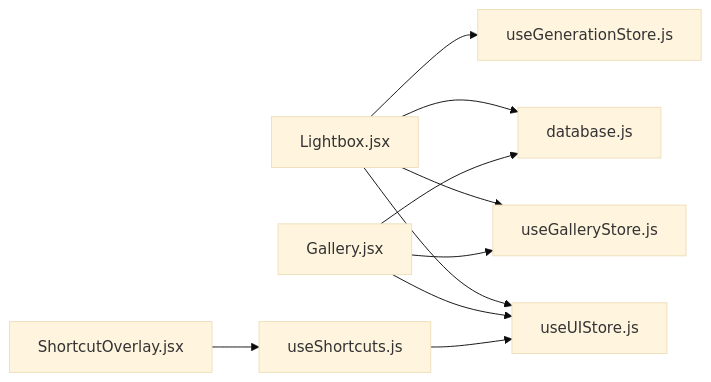
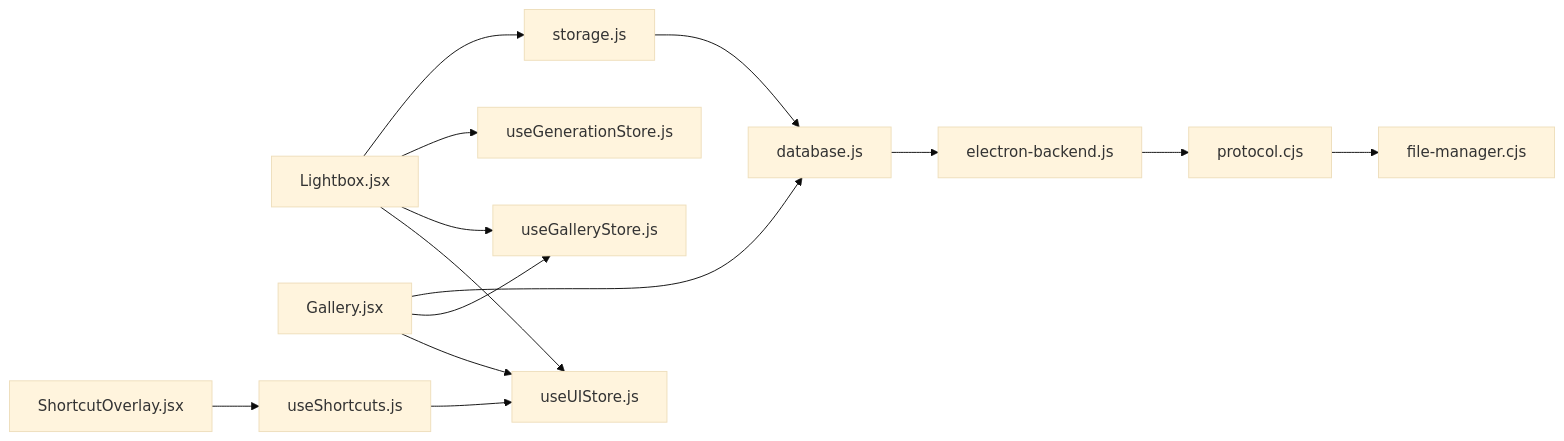
The eighth of 8 diagrams in .qoder/repowiki/zh/content/UI 组件库/Lightbox 图片查看器组件.md (AlbusWei/AI-Image-Studio), drawn with Mermaid (base theme) before and after one commit. The commit also changed other lines of this file and 37 other files, not shown here.

````diff
--- a/.qoder/repowiki/zh/content/UI 组件库/Lightbox 图片查看器组件.md
+++ b/.qoder/repowiki/zh/content/UI 组件库/Lightbox 图片查看器组件.md
@@ -311,12 +439,16 @@
 ```mermaid
 graph LR
 L["Lightbox.jsx"] --> US["useUIStore.js"]
 L --> UGS["useGalleryStore.js"]
 L --> UGen["useGenerationStore.js"]
-L --> DB["database.js"]
+L --> ST["storage.js"]
 G["Gallery.jsx"] --> US
 G --> UGS
-G --> DB
+G --> DB["database.js"]
 HK["useShortcuts.js"] --> US
 SO["ShortcutOverlay.jsx"] --> HK
+ST --> DB
+DB --> EB["electron-backend.js"]
+EB --> P["protocol.cjs"]
+P --> FM["file-manager.cjs"]
 ```
````
